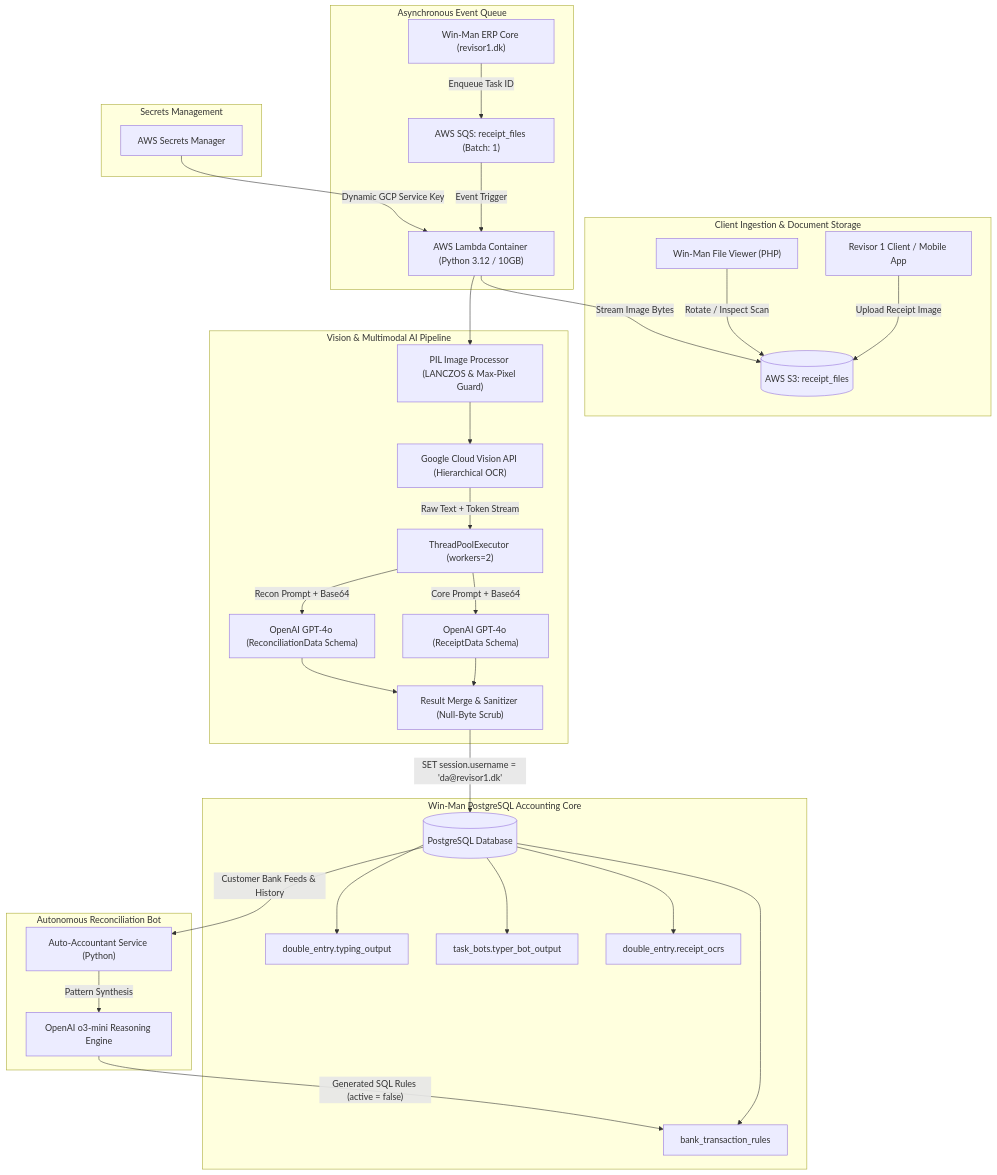
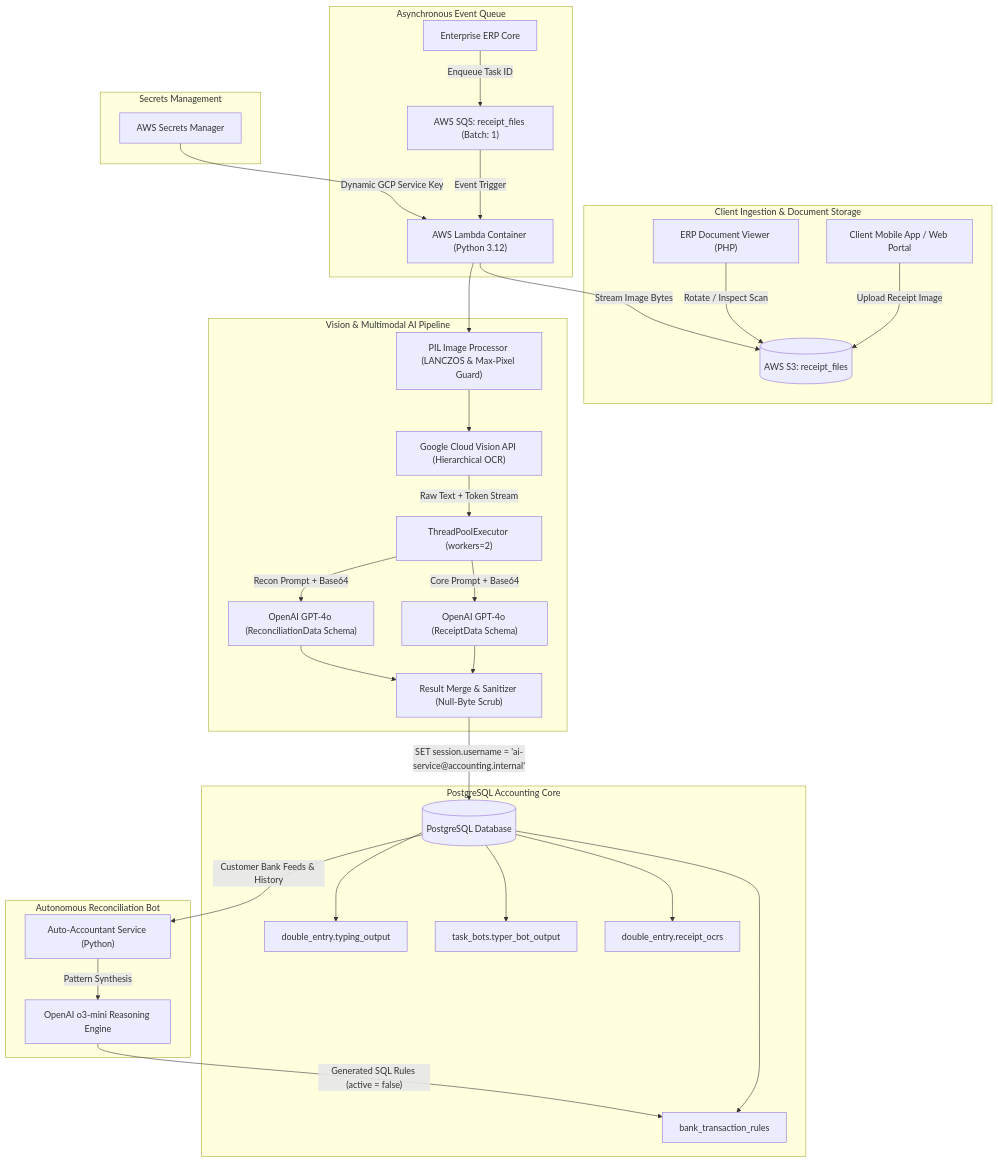
One commit to Nawaz393/receipt-ai-automation-architecture changed the diagram in README.md. Above: the diagram before and after it, drawn with Mermaid. The commit also changed other lines of this file and 14 other files, not shown here.

Commit message:
refactor: generalize client/vendor names and remove specific lambda hardware specs

````diff
--- a/README.md
+++ b/README.md
@@ -32,41 +32,41 @@
 ```mermaid
 flowchart TB
     subgraph Ingestion["Client Ingestion & Document Storage"]
-        CLIENT["Revisor 1 Client / Mobile App"] -->|"Upload Receipt Image"| S3[("AWS S3: receipt_files")]
-        VIEWER["Win-Man File Viewer (PHP)"] -->|"Rotate / Inspect Scan"| S3
+        CLIENT["Client Mobile App / Web Portal"] -->|"Upload Receipt Image"| S3[("AWS S3: receipt_files")]
+        VIEWER["ERP Document Viewer (PHP)"] -->|"Rotate / Inspect Scan"| S3
     end
 
     subgraph Messaging["Asynchronous Event Queue"]
-        WINMAN_APP["Win-Man ERP Core (revisor1.dk)"] -->|"Enqueue Task ID"| SQS["AWS SQS: receipt_files (Batch: 1)"]
-        SQS -->|"Event Trigger"| LAMBDA["AWS Lambda Container (Python 3.12 / 10GB)"]
+        ERP_APP["Enterprise ERP Core"] -->|"Enqueue Task ID"| SQS["AWS SQS: receipt_files (Batch: 1)"]
+        SQS -->|"Event Trigger"| LAMBDA["AWS Lambda Container (Python 3.12)"]
     end
 
     subgraph Security["Secrets Management"]
         SECRETS["AWS Secrets Manager"] -->|"Dynamic GCP Service Key"| LAMBDA
     end
 
     subgraph VisionAI["Vision & Multimodal AI Pipeline"]
         LAMBDA -->|"Stream Image Bytes"| S3
         LAMBDA --> PREPROC["PIL Image Processor (LANCZOS & Max-Pixel Guard)"]
         PREPROC --> GCP_VISION["Google Cloud Vision API (Hierarchical OCR)"]
         GCP_VISION -->|"Raw Text + Token Stream"| THREADPOOL["ThreadPoolExecutor (workers=2)"]
         THREADPOOL -->|"Core Prompt + Base64"| GPT4O_CORE["OpenAI GPT-4o (ReceiptData Schema)"]
         THREADPOOL -->|"Recon Prompt + Base64"| GPT4O_RECON["OpenAI GPT-4o (ReconciliationData Schema)"]
         GPT4O_CORE --> MERGE["Result Merge & Sanitizer (Null-Byte Scrub)"]
         GPT4O_RECON --> MERGE
     end
 
-    subgraph LedgerDB["Win-Man PostgreSQL Accounting Core"]
-        MERGE -->|"SET session.username = 'da@revisor1.dk'"| PG_CORE[("PostgreSQL Database")]
+    subgraph LedgerDB["PostgreSQL Accounting Core"]
+        MERGE -->|"SET session.username = 'ai-service@accounting.internal'"| PG_CORE[("PostgreSQL Database")]
         PG_CORE --> TYPING_TBL["double_entry.typing_output"]
         PG_CORE --> BOT_LOG["task_bots.typer_bot_output"]
         PG_CORE --> OCR_CACHE["double_entry.receipt_ocrs"]
         PG_CORE --> RULES_TBL["bank_transaction_rules"]
     end
 
     subgraph AutoAccountant["Autonomous Reconciliation Bot"]
         PG_CORE -->|"Customer Bank Feeds & History"| RECON_BOT["Auto-Accountant Service (Python)"]
         RECON_BOT -->|"Pattern Synthesis"| O3_MINI["OpenAI o3-mini Reasoning Engine"]
         O3_MINI -->|"Generated SQL Rules (active = false)"| RULES_TBL
     end
 ```
````
